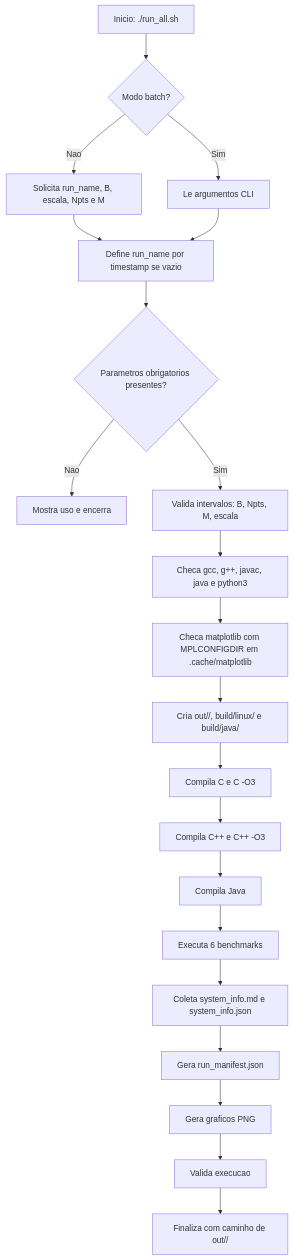
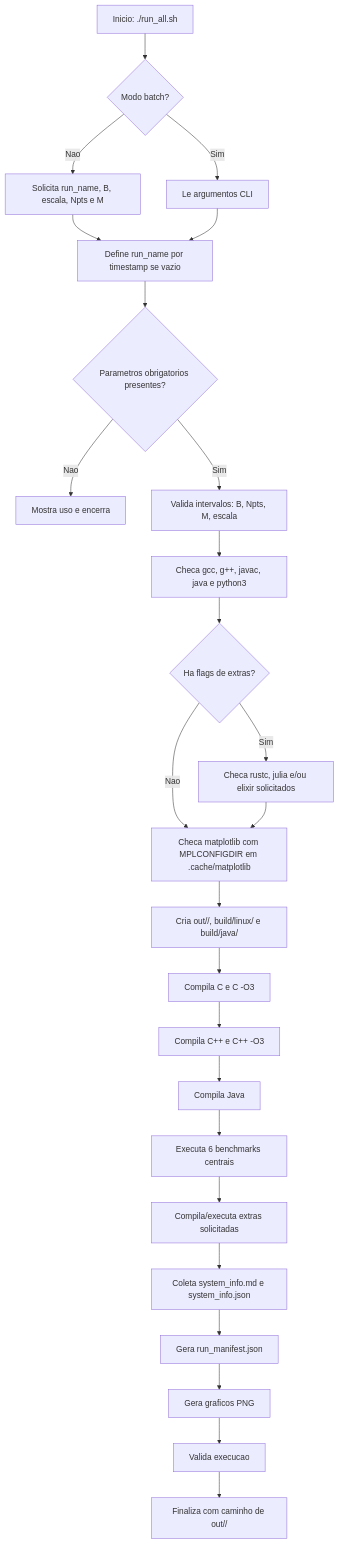
Before and after one commit to Lucas-Sperotto/matrix-multiplication-benchmark: the third of 16 diagrams in DIAGRAMS.md, drawn with Mermaid. The commit also changed other lines of this file and 5 other files, not shown here.

````diff
--- a/DIAGRAMS.md
+++ b/DIAGRAMS.md
@@ -100,23 +106,27 @@
 ```mermaid
 flowchart TD
     A[Inicio: ./run_all.sh] --> B{Modo batch?}
     B -- Nao --> C[Solicita run_name, B, escala, Npts e M]
     B -- Sim --> D[Le argumentos CLI]
     C --> E[Define run_name por timestamp se vazio]
     D --> E
     E --> F{Parametros obrigatorios presentes?}
     F -- Nao --> F1[Mostra uso e encerra]
     F -- Sim --> G[Valida intervalos: B, Npts, M, escala]
     G --> H[Checa gcc, g++, javac, java e python3]
-    H --> I[Checa matplotlib com MPLCONFIGDIR em .cache/matplotlib]
+    H --> H1{Ha flags de extras?}
+    H1 -- Sim --> H2[Checa rustc, julia e/ou elixir solicitados]
+    H1 -- Nao --> I[Checa matplotlib com MPLCONFIGDIR em .cache/matplotlib]
+    H2 --> I
     I --> J["Cria out/<run_id>/, build/linux/ e build/java/"]
     J --> K[Compila C e C -O3]
     K --> L[Compila C++ e C++ -O3]
     L --> M[Compila Java]
-    M --> N[Executa 6 benchmarks]
-    N --> O[Coleta system_info.md e system_info.json]
+    M --> N[Executa 6 benchmarks centrais]
+    N --> N1[Compila/executa extras solicitadas]
+    N1 --> O[Coleta system_info.md e system_info.json]
     O --> P[Gera run_manifest.json]
     P --> Q[Gera graficos PNG]
     Q --> R[Valida execucao]
     R --> S["Finaliza com caminho de out/<run_id>/"]
 ```
````
